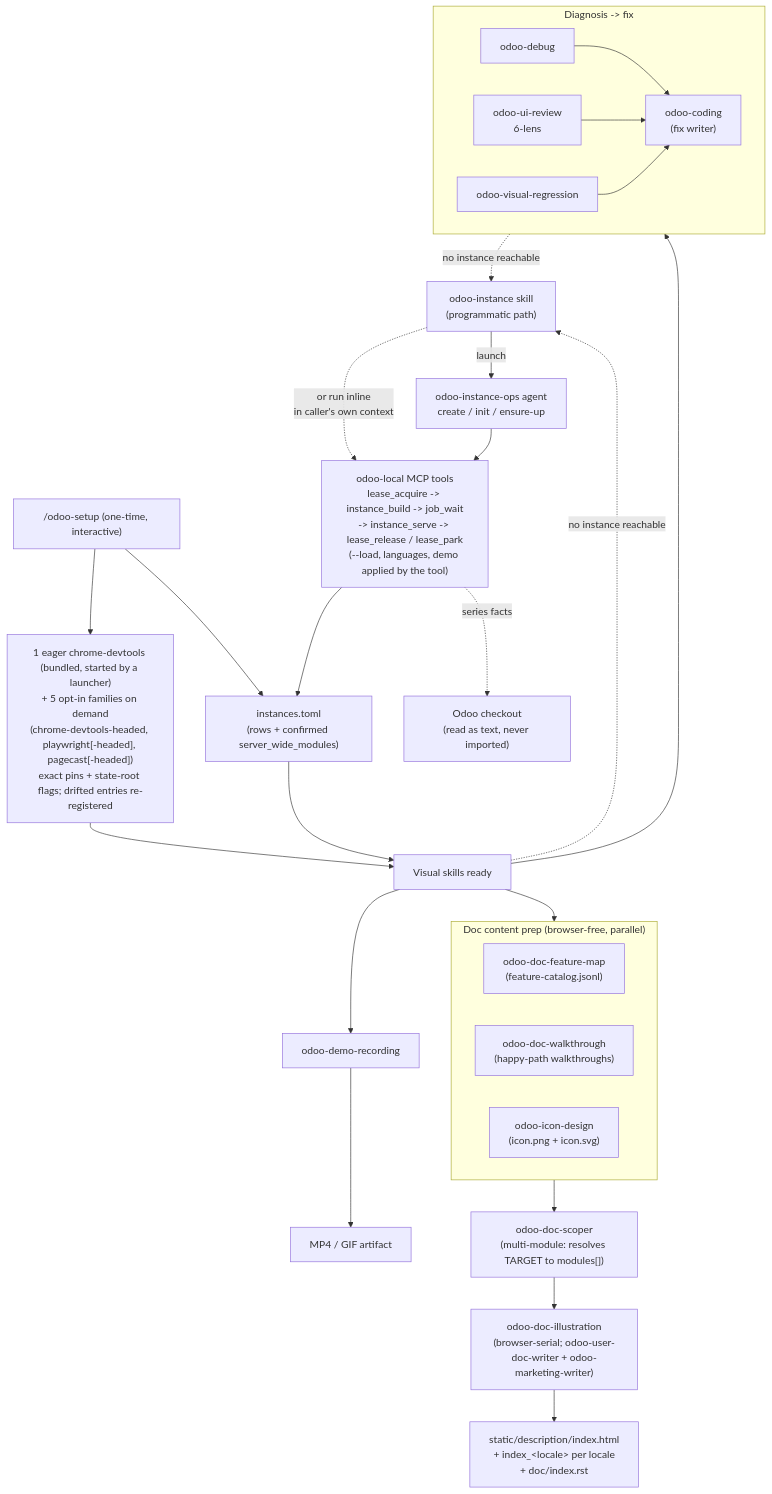
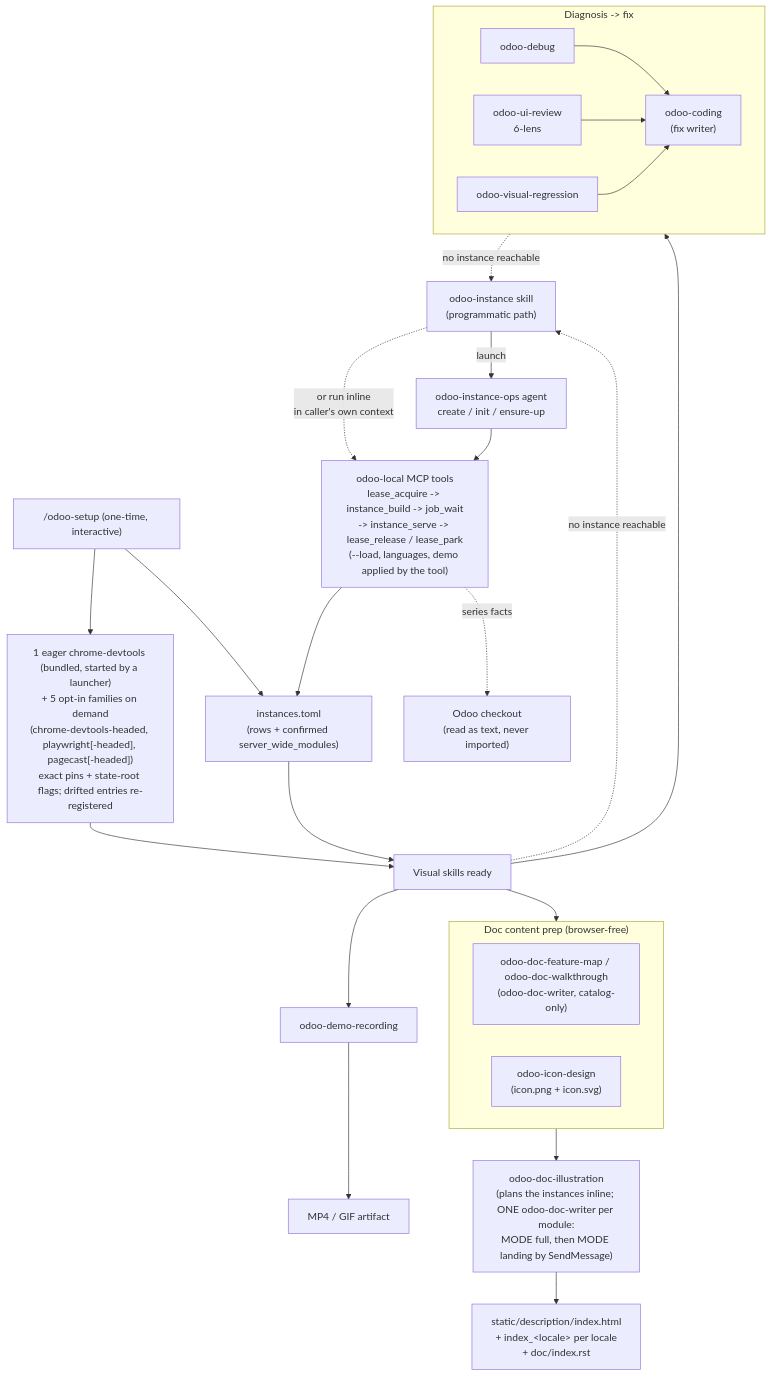
Before and after one commit to Viindoo/odoo-mcp-client: the fourth of 9 diagrams in plugins/odoo-ai-agents/README.md, drawn with Mermaid. The commit also changed other lines of this file and 23 other files, not shown here.

First line of the commit message:
docs(odoo-ai-agents): counts, generated map and acceptance scenarios

````diff
--- a/plugins/odoo-ai-agents/README.md
+++ b/plugins/odoo-ai-agents/README.md
@@ -375,40 +351,38 @@
 ```mermaid
 flowchart TD
     SETUP["/odoo-setup (one-time, interactive)"]
     SETUP --> MCPW["1 eager chrome-devtools (bundled, started by a launcher)<br/>+ 5 opt-in families on demand<br/>(chrome-devtools-headed, playwright[-headed], pagecast[-headed])<br/>exact pins + state-root flags; drifted entries re-registered"]
     SETUP --> CTX["instances.toml<br/>(rows + confirmed server_wide_modules)"]
 
     INST["odoo-instance skill<br/>(programmatic path)"]
     INST -->|"launch"| IOPS["odoo-instance-ops agent<br/>create / init / ensure-up"]
     INST -.->|"or run inline<br/>in caller's own context"| LOCAL
     IOPS --> LOCAL["odoo-local MCP tools<br/>lease_acquire -> instance_build -> job_wait<br/>-> instance_serve -> lease_release / lease_park<br/>(--load, languages, demo applied by the tool)"]
     LOCAL --> CTX
     LOCAL -. "series facts" .-> SRC["Odoo checkout<br/>(read as text, never imported)"]
 
     MCPW --> SK["Visual skills ready"]
     CTX --> SK
 
     subgraph FIX_SKILLS["Diagnosis -> fix"]
         UID["odoo-debug"] --> FC["odoo-coding<br/>(fix writer)"]
         UIR["odoo-ui-review<br/>6-lens"] --> FC
         VR["odoo-visual-regression"] --> FC
     end
 
     SK --> FIX_SKILLS
     SK --> DR["odoo-demo-recording"]
     DR --> MEDIA["MP4 / GIF artifact"]
 
-    subgraph DOC_PREP["Doc content prep (browser-free, parallel)"]
-        FMP["odoo-doc-feature-map<br/>(feature-catalog.jsonl)"]
-        WLK["odoo-doc-walkthrough<br/>(happy-path walkthroughs)"]
+    subgraph DOC_PREP["Doc content prep (browser-free)"]
+        FMP["odoo-doc-feature-map / odoo-doc-walkthrough<br/>(odoo-doc-writer, catalog-only)"]
         ICN["odoo-icon-design<br/>(icon.png + icon.svg)"]
     end
 
     SK --> DOC_PREP
-    DOC_PREP --> DOCSCOPER["odoo-doc-scoper<br/>(multi-module: resolves TARGET to modules[])"]
-    DOCSCOPER --> DOCILL["odoo-doc-illustration<br/>(browser-serial; odoo-user-doc-writer + odoo-marketing-writer)"]
+    DOC_PREP --> DOCILL["odoo-doc-illustration<br/>(plans the instances inline; ONE odoo-doc-writer per module:<br/>MODE full, then MODE landing by SendMessage)"]
     DOCILL --> DOCOUT["static/description/index.html<br/>+ index_&lt;locale&gt; per locale<br/>+ doc/index.rst"]
 
     FIX_SKILLS -. "no instance reachable" .-> INST
     SK -. "no instance reachable" .-> INST
 ```
````
